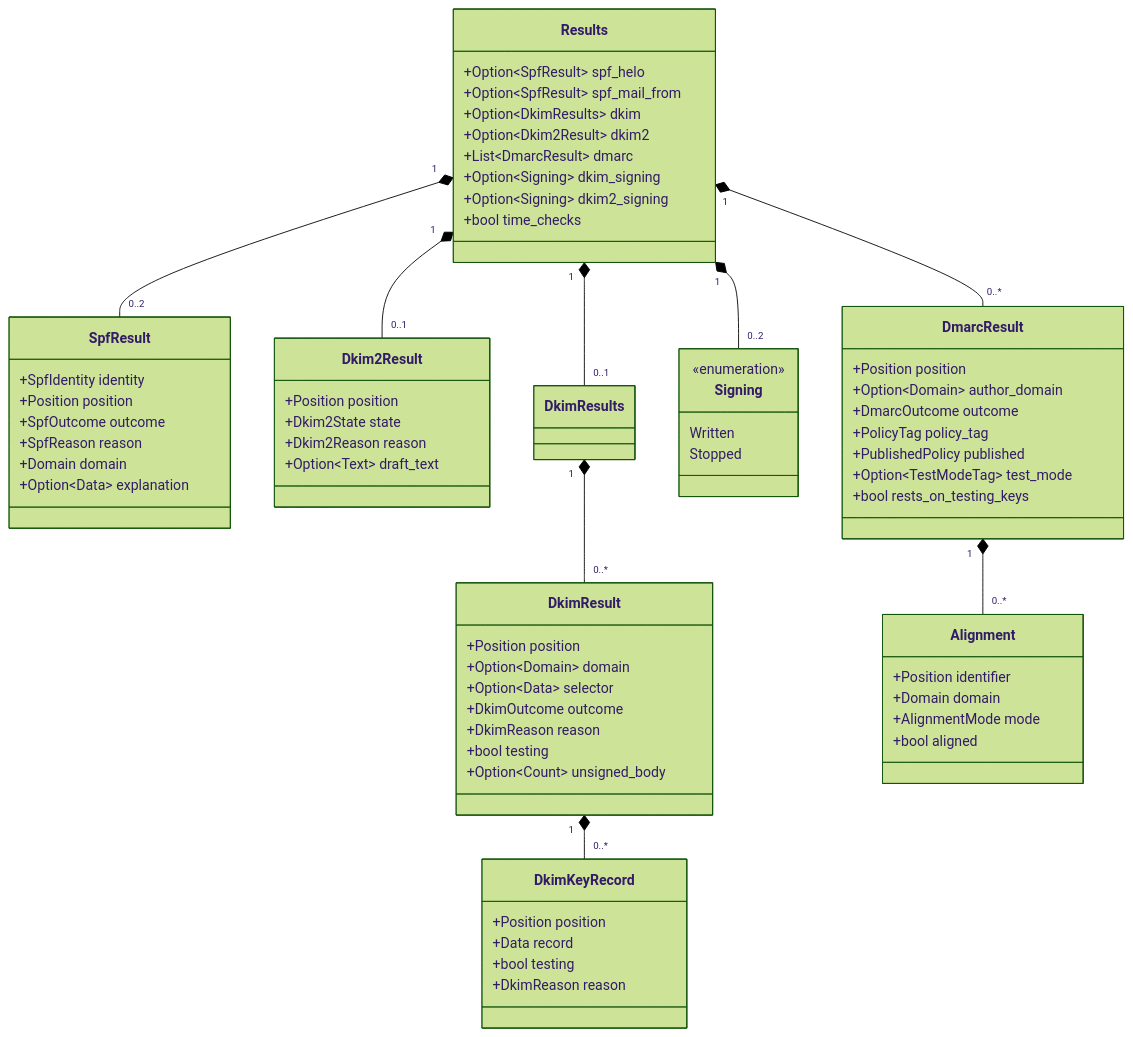
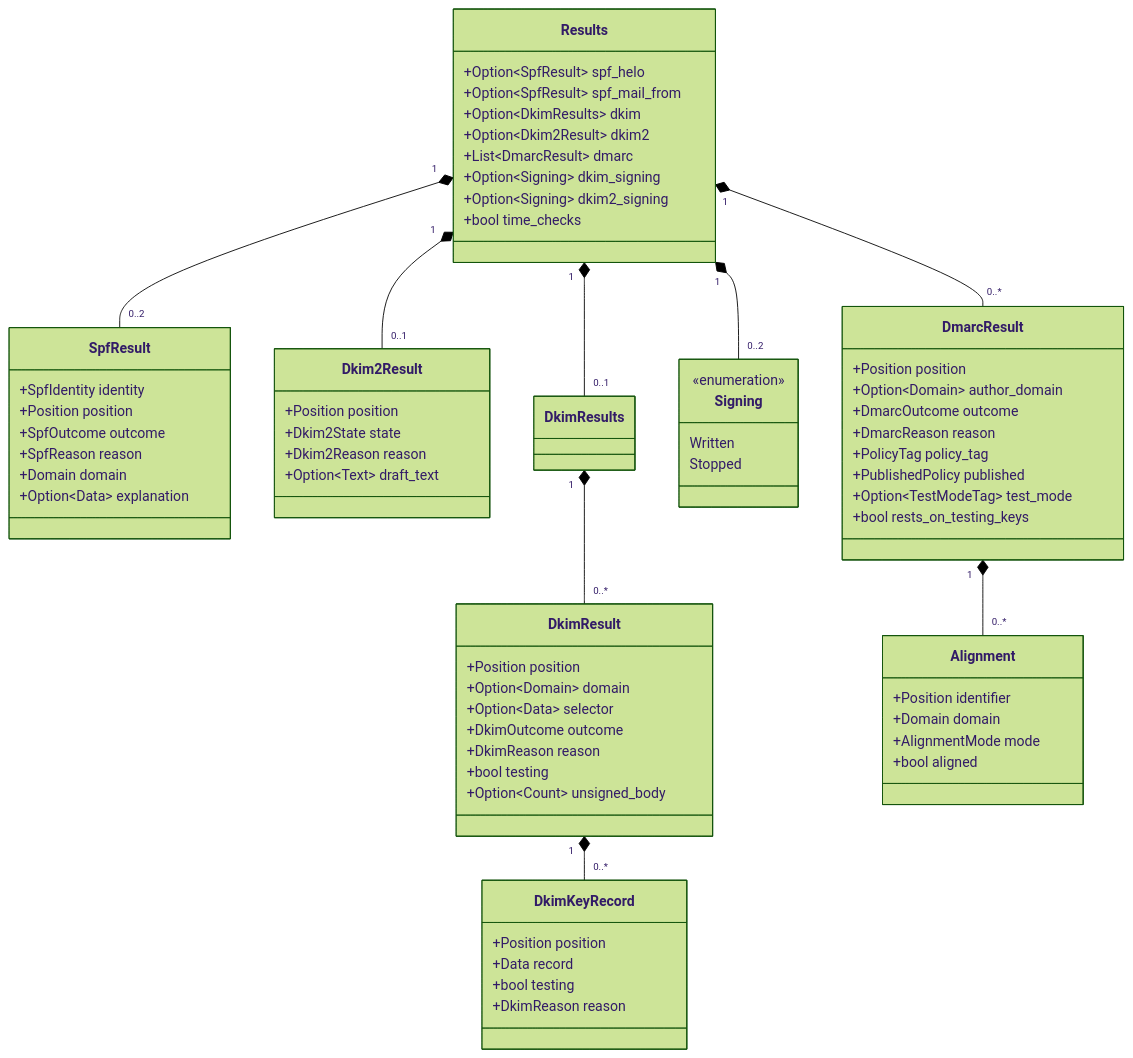
The fifth of 6 diagrams in docs/reference/design/domain-model.md (photom/hallmark), drawn with Mermaid (forest theme) before and after one commit. The commit also changed 14 other files, not shown here.

````diff
--- a/docs/reference/design/domain-model.md
+++ b/docs/reference/design/domain-model.md
@@ -251,70 +251,71 @@
 ```mermaid
 classDiagram
     class Results {
         +Option~SpfResult~ spf_helo
         +Option~SpfResult~ spf_mail_from
         +Option~DkimResults~ dkim
         +Option~Dkim2Result~ dkim2
         +List~DmarcResult~ dmarc
         +Option~Signing~ dkim_signing
         +Option~Signing~ dkim2_signing
         +bool time_checks
     }
     class SpfResult {
         +SpfIdentity identity
         +Position position
         +SpfOutcome outcome
         +SpfReason reason
         +Domain domain
         +Option~Data~ explanation
     }
     class DkimResult {
         +Position position
         +Option~Domain~ domain
         +Option~Data~ selector
         +DkimOutcome outcome
         +DkimReason reason
         +bool testing
         +Option~Count~ unsigned_body
     }
     class DkimKeyRecord {
         +Position position
         +Data record
         +bool testing
         +DkimReason reason
     }
     class Dkim2Result {
         +Position position
         +Dkim2State state
         +Dkim2Reason reason
         +Option~Text~ draft_text
     }
     class DmarcResult {
         +Position position
         +Option~Domain~ author_domain
         +DmarcOutcome outcome
+        +DmarcReason reason
         +PolicyTag policy_tag
         +PublishedPolicy published
         +Option~TestModeTag~ test_mode
         +bool rests_on_testing_keys
     }
     class Alignment {
         +Position identifier
         +Domain domain
         +AlignmentMode mode
         +bool aligned
     }
     class Signing {
         <<enumeration>>
         Written
         Stopped
     }
     Results "1" *-- "0..2" SpfResult
     Results "1" *-- "0..1" DkimResults
     DkimResults "1" *-- "0..*" DkimResult
     DkimResult "1" *-- "0..*" DkimKeyRecord
     Results "1" *-- "0..1" Dkim2Result
     Results "1" *-- "0..*" DmarcResult
     DmarcResult "1" *-- "0..*" Alignment
     Results "1" *-- "0..2" Signing
 ```
````
